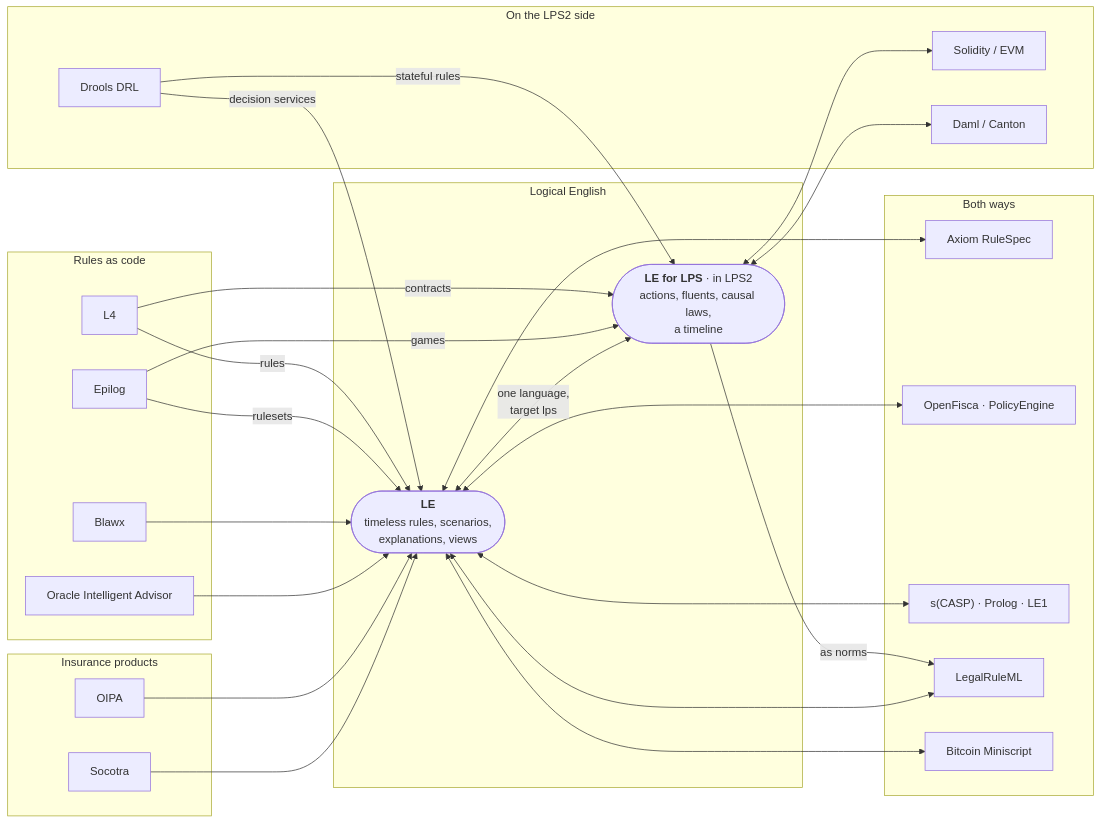
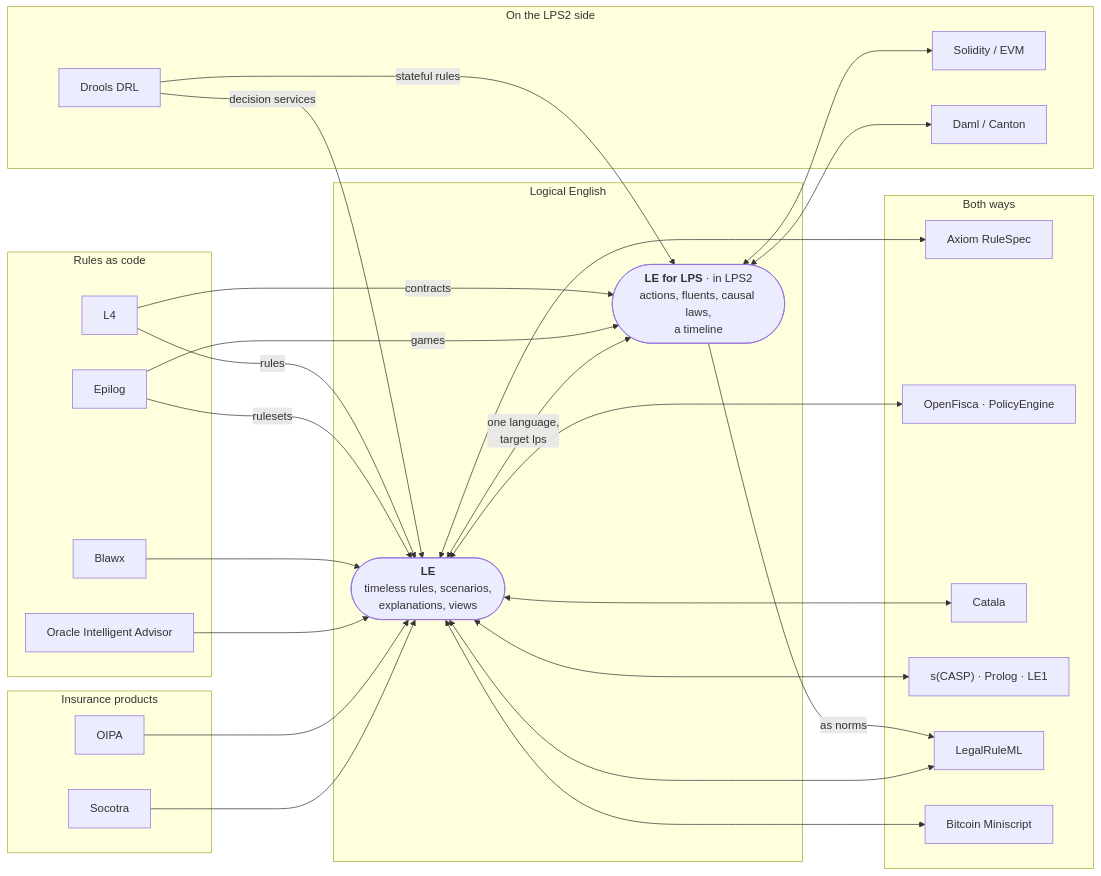
The diagram in docs/user/integrations/index.md (LogicalContractsOrg/LogicalEnglish2), drawn with Mermaid before and after one commit. The commit also changed other lines of this file and 54 other files, not shown here.

````diff
--- a/docs/user/integrations/index.md
+++ b/docs/user/integrations/index.md
@@ -43,71 +43,74 @@
 ```mermaid
 flowchart LR
   subgraph ins["Insurance products"]
     SO["Socotra"]
     OP["OIPA"]
   end
 
   subgraph rac["Rules as code"]
     OIA["Oracle Intelligent Advisor"]
     BX["Blawx"]
     EP["Epilog"]
     L4["L4"]
   end
 
   subgraph core["Logical English"]
     LE(["<b>LE</b><br/>timeless rules, scenarios,<br/>explanations, views"])
     LPS(["<b>LE for LPS</b> · in LPS2<br/>actions, fluents, causal laws,<br/>a timeline"])
     LE <-- "one language,<br/>target lps" --> LPS
   end
 
   subgraph both["Both ways"]
     RS["Axiom RuleSpec"]
     OF["OpenFisca · PolicyEngine"]
+    CA["Catala"]
     SC["s(CASP) · Prolog · LE1"]
     LR["LegalRuleML"]
     MS["Bitcoin Miniscript"]
   end
 
   subgraph lpsside["On the LPS2 side"]
     DR["Drools DRL"]
     SOL["Solidity / EVM"]
     DA["Daml / Canton"]
   end
 
   SO --> LE
   OP --> LE
   OIA --> LE
   BX --> LE
   EP -- "rulesets" --> LE
   EP -- "games" --> LPS
   L4 -- "rules" --> LE
   L4 -- "contracts" --> LPS
   DR -- "decision services" --> LE
   DR -- "stateful rules" --> LPS
 
   LE <--> RS
   LE <--> OF
+  LE <--> CA
   LE <--> SC
   LE <--> LR
   LE <--> MS
   LPS <--> SOL
   LPS -- "as norms" --> LR
   LPS <--> DA
 
   click SO "socotra" "Socotra and Logical English"
   click OP "oipa" "OIPA and Logical English"
   click OIA "oia" "Oracle Intelligent Advisor and Logical English"
   click BX "blawx" "Blawx and Logical English"
   click EP "epilog" "Epilog and Logical English"
   click L4 "l4" "L4 and Logical English"
   click RS "rulespec" "Axiom RuleSpec and Logical English"
   click OF "openfisca" "OpenFisca, PolicyEngine and Logical English"
+  click CA "catala" "Catala and Logical English"
   click SC "scasp" "s(CASP), Prolog and LE1"
   click LR "legalruleml" "LegalRuleML and Logical English"
   click MS "miniscript" "Bitcoin Miniscript and Logical English"
   click LE "../reference/language" "The Logical English reference"
   click LPS "https://lps2.logicalcontracts.com/docs/user/integrations/index" "LPS2: other systems"
   click DR "https://lps2.logicalcontracts.com/docs/user/integrations/drools" "Drools and LPS (LPS2 documentation)"
   click SOL "https://lps2.logicalcontracts.com/docs/user/integrations/solidity" "Solidity and LPS (LPS2 documentation)"
   click DA "https://lps2.logicalcontracts.com/docs/user/integrations/daml" "Daml and LPS (LPS2 documentation)"
 ```
````
